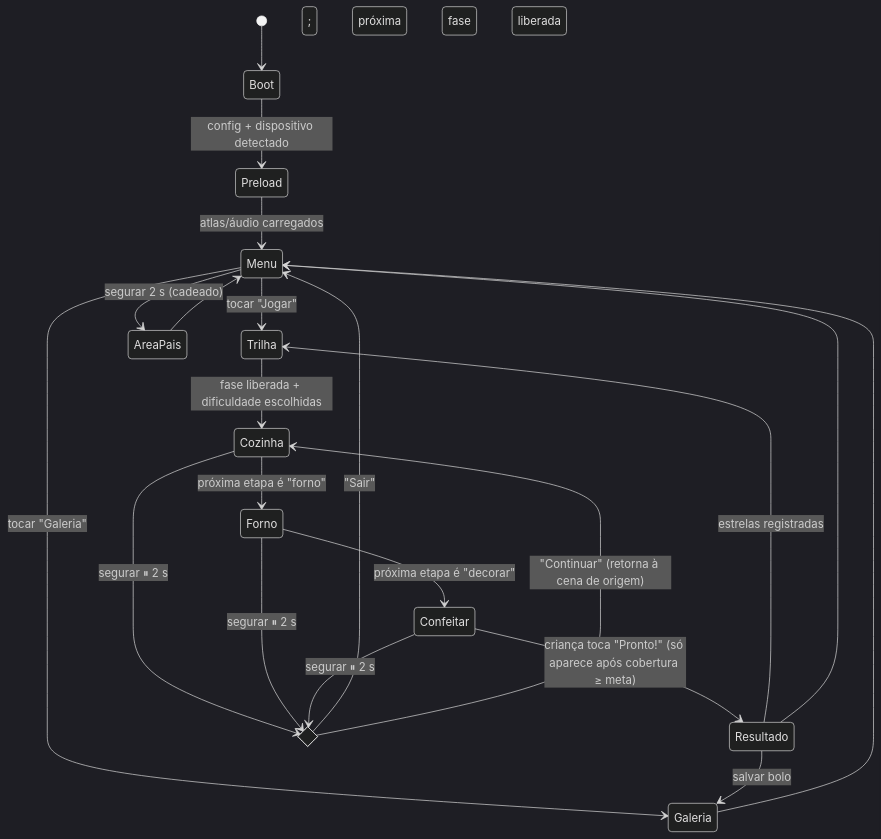
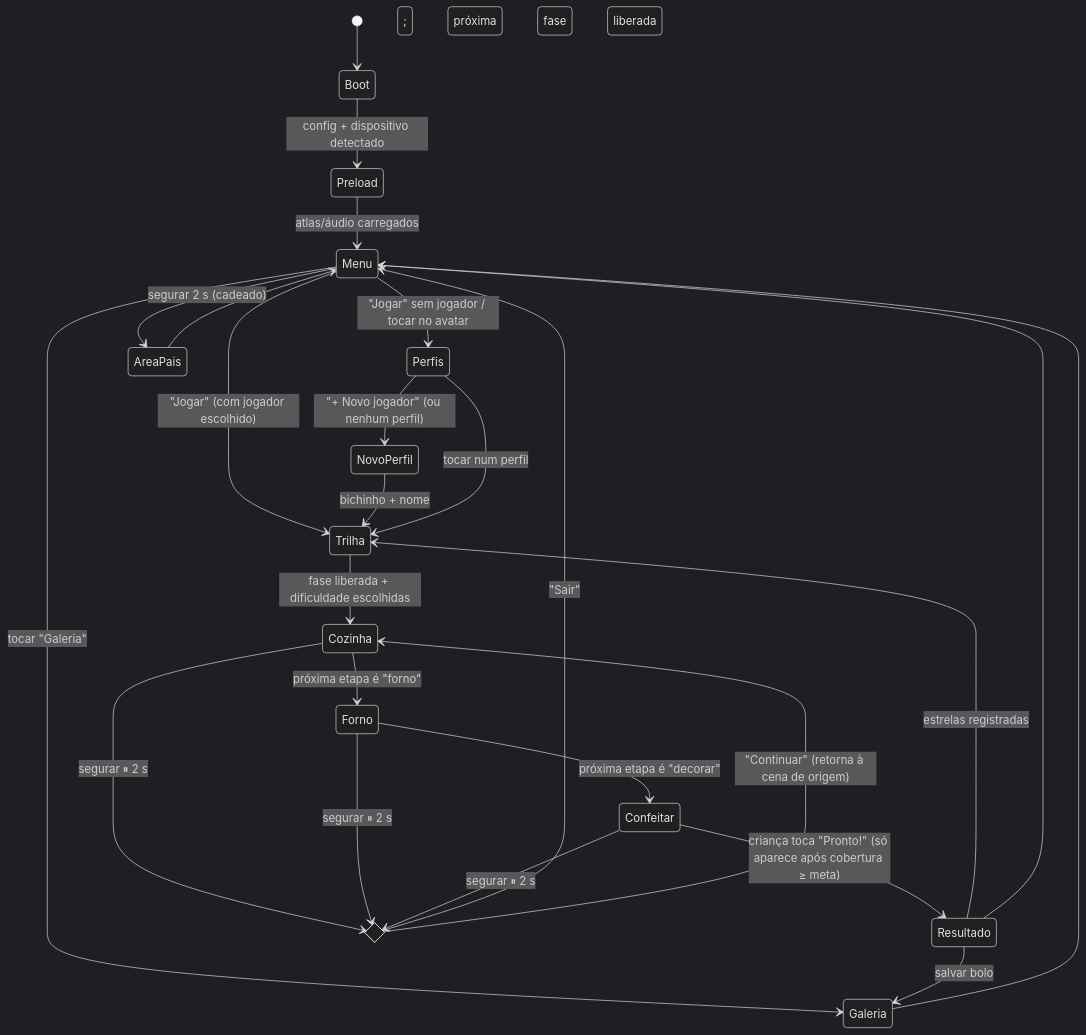
One commit to bravoon/NEXUS-SANOA changed the first of 2 diagrams in meu-bolinho/docs/ARQUITETURA.md. Above: the diagram before and after it, drawn with Mermaid (dark theme). The commit also changed other lines of this file and 55 other files, not shown here.

First line of the commit message:
Meu Bolinho: perfis de jogador e Mundo 2 (16 fases, peneirar/ralar/polvilhar)

````diff
--- a/meu-bolinho/docs/ARQUITETURA.md
+++ b/meu-bolinho/docs/ARQUITETURA.md
@@ -70,25 +70,29 @@
 ```mermaid
 stateDiagram-v2
     [*] --> Boot
     Boot --> Preload : config + dispositivo detectado
     Preload --> Menu : atlas/áudio carregados
-    Menu --> Trilha : tocar "Jogar"
+    Menu --> Trilha : "Jogar" (com jogador escolhido)
+    Menu --> Perfis : "Jogar" sem jogador / tocar no avatar
+    Perfis --> NovoPerfil : "+ Novo jogador" (ou nenhum perfil)
+    NovoPerfil --> Trilha : bichinho + nome
+    Perfis --> Trilha : tocar num perfil
     Menu --> Galeria : tocar "Galeria"
     Menu --> AreaPais : segurar 2 s (cadeado)
     AreaPais --> Menu
     Trilha --> Cozinha : fase liberada + dificuldade escolhidas
     Cozinha --> Forno : próxima etapa é "forno"
     Forno --> Confeitar : próxima etapa é "decorar"
     Confeitar --> Resultado : criança toca "Pronto!" (só aparece após cobertura ≥ meta)
     Resultado --> Galeria : salvar bolo
     Resultado --> Trilha : estrelas registradas; próxima fase liberada
     Resultado --> Menu
     Galeria --> Menu
 
     state Pausa <<choice>>
     Cozinha --> Pausa : segurar ⏸ 2 s
     Forno --> Pausa : segurar ⏸ 2 s
     Confeitar --> Pausa : segurar ⏸ 2 s
     Pausa --> Menu : "Sair"
     Pausa --> Cozinha : "Continuar" (retorna à cena de origem)
 ```
````
